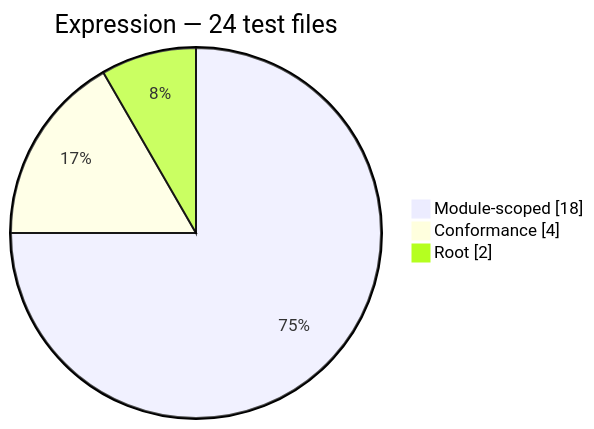
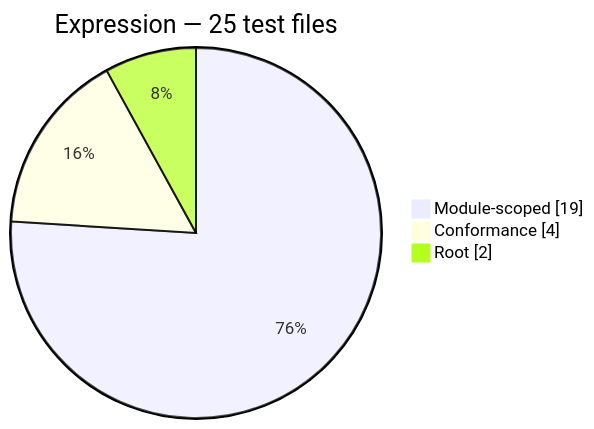
Before and after one commit to Mohammed-Alama/php-arazzo: the second of 13 diagrams in docs/generated/test-composition.md, drawn with Mermaid. The commit also changed other lines of this file and 30 other files, not shown here.

````diff
--- a/docs/generated/test-composition.md
+++ b/docs/generated/test-composition.md
@@ -28,7 +28,7 @@
 ```mermaid
 pie showData
-    title Expression — 24 test files
-    "Module-scoped": 18
+    title Expression — 25 test files
+    "Module-scoped": 19
     "Conformance": 4
     "Root": 2
 ```
````
